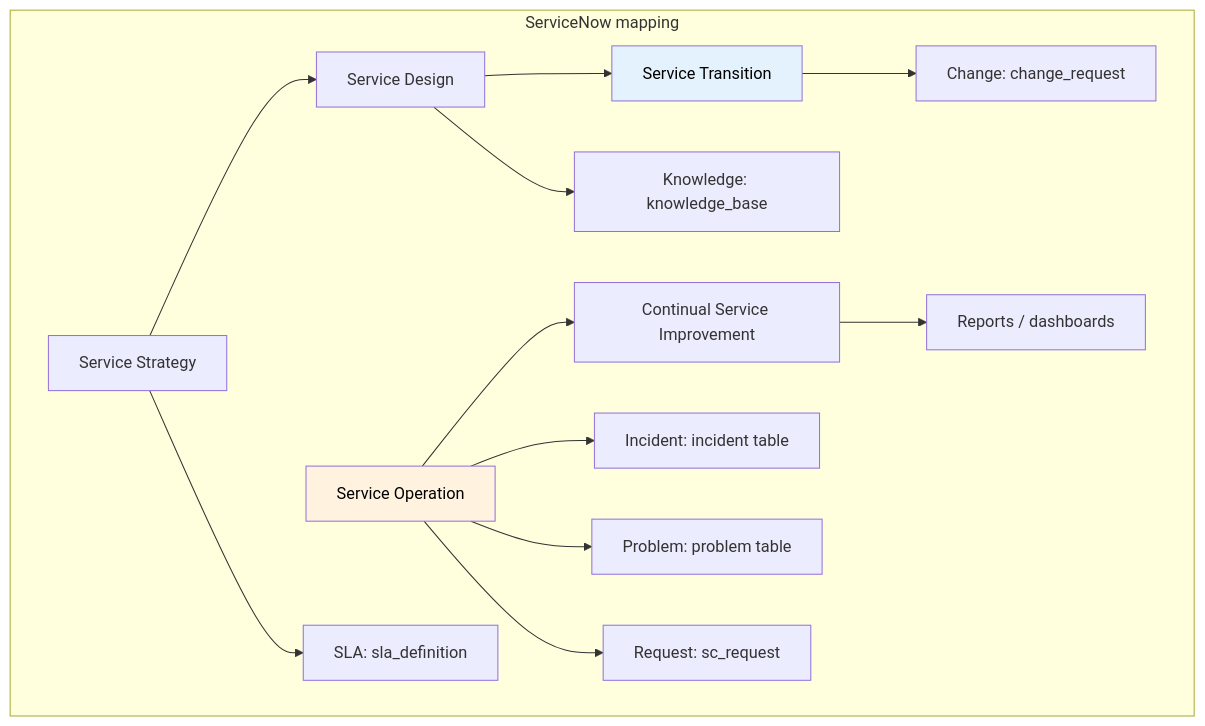
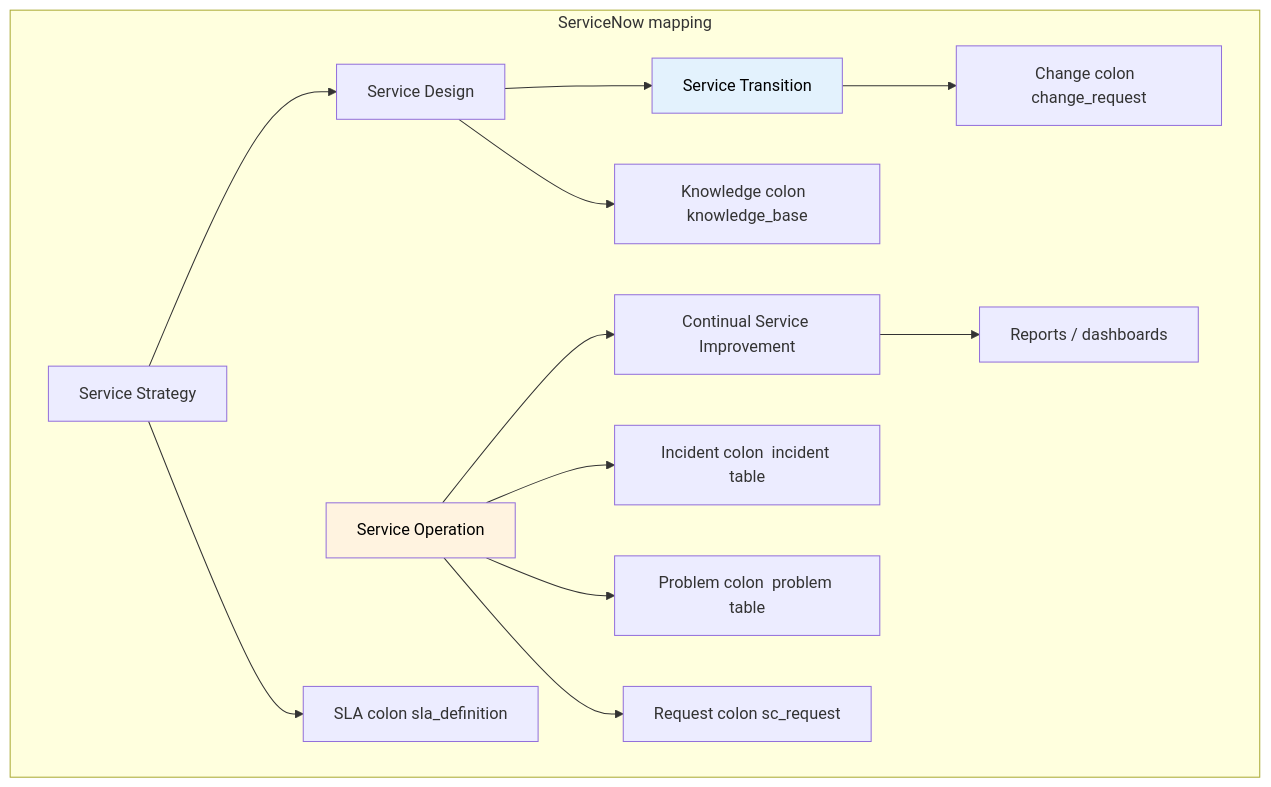
Before and after one commit to eltonaguiar/ServiceNow_Learning_TSOM-_CSM_FSM_SalesCRM_HAM_ITSM: the fourth of 6 diagrams in docs/modules/other/other-guide.md, drawn with Mermaid. The commit also changed other lines of this file and 19 other files, not shown here.

Commit message:
Fix all Mermaid diagram special characters - replace dollar, parens, slashes, quotes, pipes, nested brackets and other unsafe chars inside brackets with safe alternatives across 19 files

````diff
--- a/docs/modules/other/other-guide.md
+++ b/docs/modules/other/other-guide.md
@@ -1367,19 +1367,19 @@
 ```mermaid
 graph TD
     SS[Service Strategy] --> SD[Service Design]
     SD --> ST[Service Transition]
     SO[Service Operation] --> CSI[Continual Service Improvement]
 
     subgraph ServiceNow mapping
-        SO --> Inc[Incident: incident table]
-        SO --> Prob[Problem: problem table]
-        SO --> Req[Request: sc_request]
-        ST --> Chg[Change: change_request]
-        SD --> KB[Knowledge: knowledge_base]
-        SS --> SLA[SLA: sla_definition]
+        SO --> Inc[Incident colon  incident table]
+        SO --> Prob[Problem colon  problem table]
+        SO --> Req[Request colon  sc_request]
+        ST --> Chg[Change colon  change_request]
+        SD --> KB[Knowledge colon  knowledge_base]
+        SS --> SLA[SLA colon  sla_definition]
         CSI --> Rep[Reports / dashboards]
     end
 
     style SO fill:#fff3e0,color:#000
     style ST fill:#e3f2fd,color:#000
 ```
````
